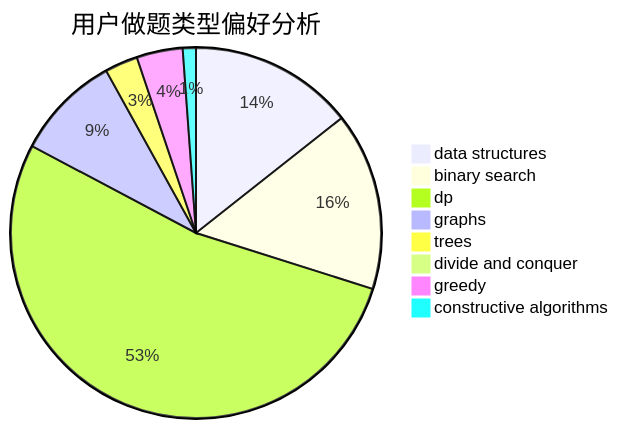
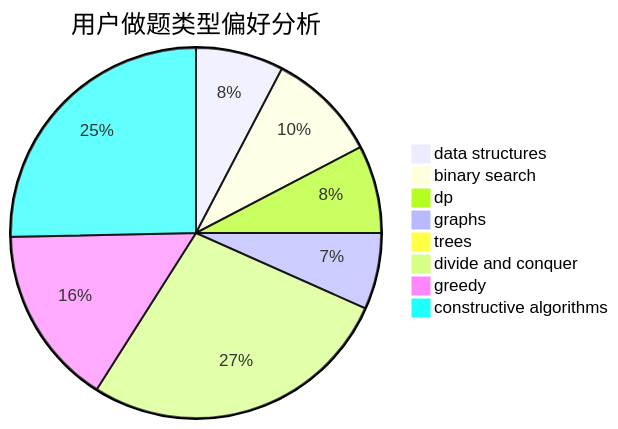
Before and after one commit to sherpahu/cfrs.github.io: the second of 3 diagrams in docs/user/u285.md, drawn with Mermaid. The commit also changed other lines of this file and 2770 other files, not shown here.

````diff
--- a/docs/user/u285.md
+++ b/docs/user/u285.md
@@ -23,11 +23,11 @@
 ```mermaid
 pie title 用户做题类型偏好分析
-    "data structures" :  25
-    "binary search" :  27
-    "dp" :  92
-    "graphs" :  16
-    "trees" :  5
-    "divide and conquer" :  0
-    "greedy" :  7
-    "constructive algorithms" :  2
+    "data structures" :  23
+    "binary search" :  29
+    "dp" :  23
+    "graphs" :  20
+    "trees" :  1
+    "divide and conquer" :  82
+    "greedy" :  47
+    "constructive algorithms" :  76
 ```
````
